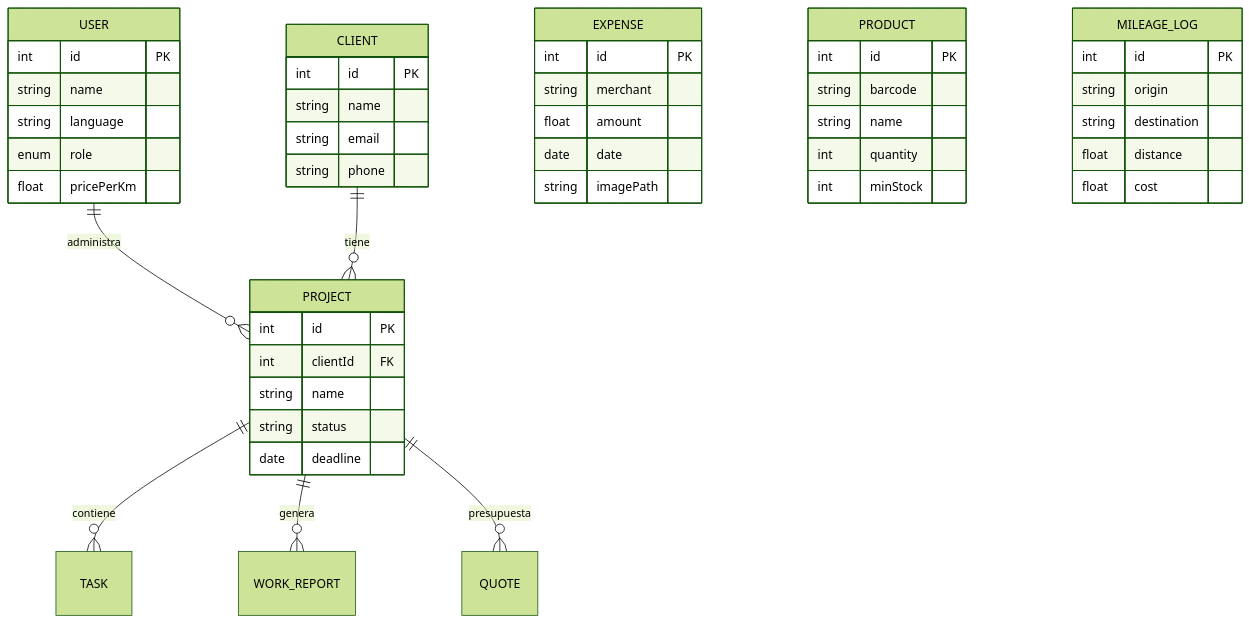
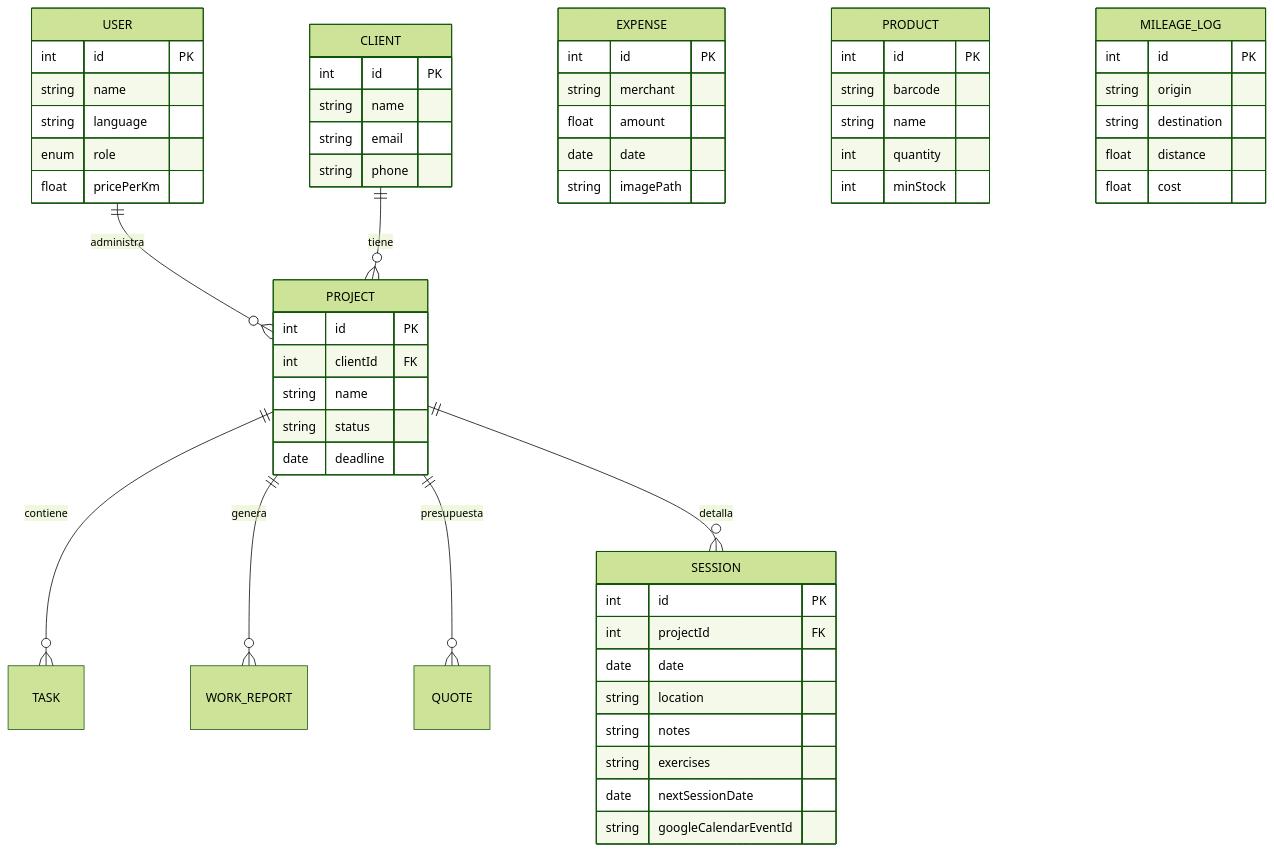
One commit to friaseus-coder/Aegis-Core changed the second of 2 diagrams in documentación/documentacion_tecnica.md. Above: the diagram before and after it, drawn with Mermaid (forest theme). The commit also changed other lines of this file and 43 other files, not shown here.

````diff
--- a/documentación/documentacion_tecnica.md
+++ b/documentación/documentacion_tecnica.md
@@ -149,50 +149,61 @@
 ```mermaid
 erDiagram
     USER ||--o{ PROJECT : "administra"
     CLIENT ||--o{ PROJECT : "tiene"
     PROJECT ||--o{ TASK : "contiene"
     PROJECT ||--o{ WORK_REPORT : "genera"
     PROJECT ||--o{ QUOTE : "presupuesta"
+    PROJECT ||--o{ SESSION : "detalla"
     
     USER {
         int id PK
         string name
         string language
         enum role
         float pricePerKm
     }
     CLIENT {
         int id PK
         string name
         string email
         string phone
     }
     PROJECT {
         int id PK
         int clientId FK
         string name
         string status
         date deadline
     }
     EXPENSE {
         int id PK
         string merchant
         float amount
         date date
         string imagePath
     }
     PRODUCT {
         int id PK
         string barcode
         string name
         int quantity
         int minStock
     }
     MILEAGE_LOG {
         int id PK
         string origin
         string destination
         float distance
         float cost
     }
+    SESSION {
+        int id PK
+        int projectId FK
+        date date
+        string location
+        string notes
+        string exercises
+        date nextSessionDate
+        string googleCalendarEventId
+    }
 ```
````
